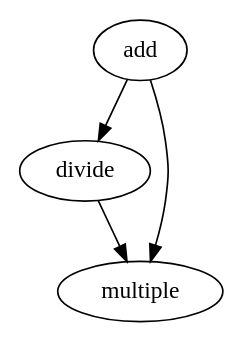
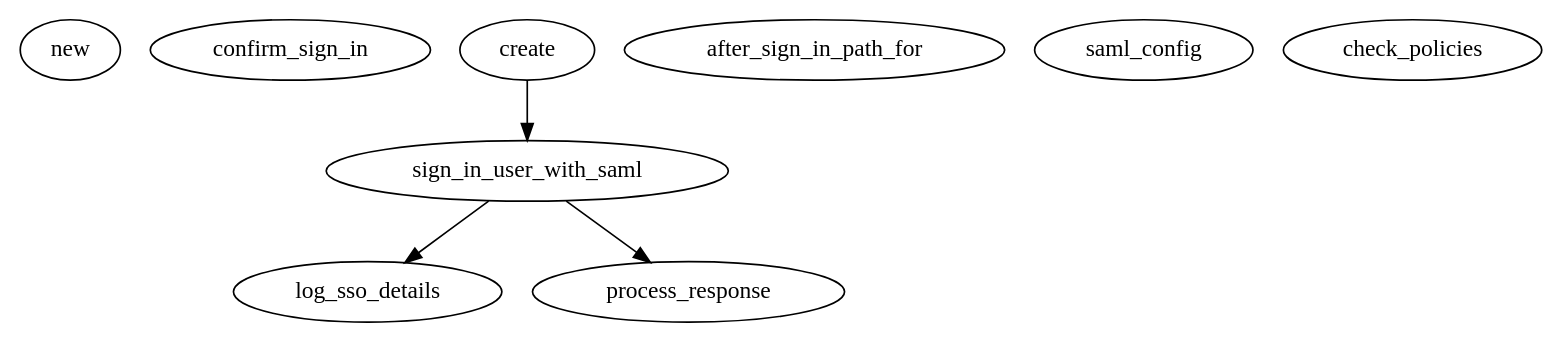
Before and after one commit to chamsou-Br/RoR-Microservice-Identifier: the diagram in call_graph.dot, drawn with Graphviz. The commit also changed 10 other files, not shown here.

Commit message:
extract mutliple graphs

```diff
--- a/call_graph.dot
+++ b/call_graph.dot
@@ -1,6 +1,12 @@
 digraph CallGraph {
-add -> divide;
-add -> multiple;
-multiple;
-divide -> multiple;
+new;
+confirm_sign_in;
+create -> sign_in_user_with_saml;
+after_sign_in_path_for;
+sign_in_user_with_saml -> log_sso_details;
+sign_in_user_with_saml -> process_response;
+process_response;
+log_sso_details;
+saml_config;
+check_policies;
 }
```
